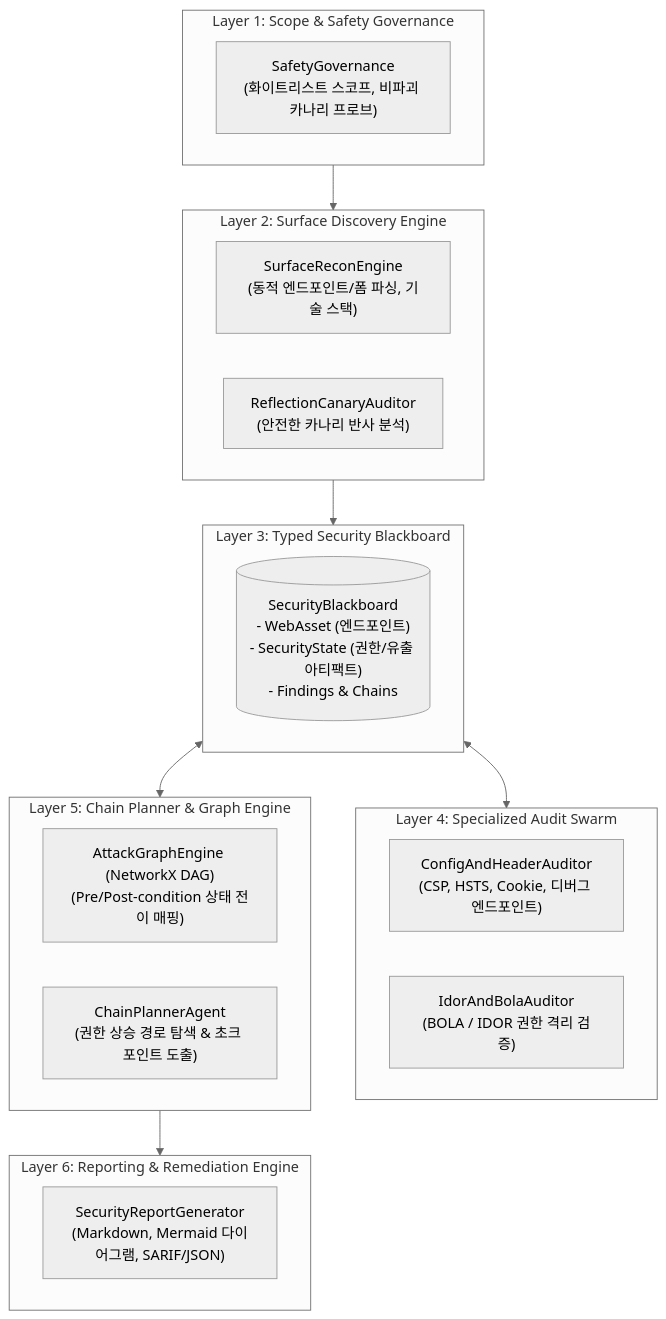
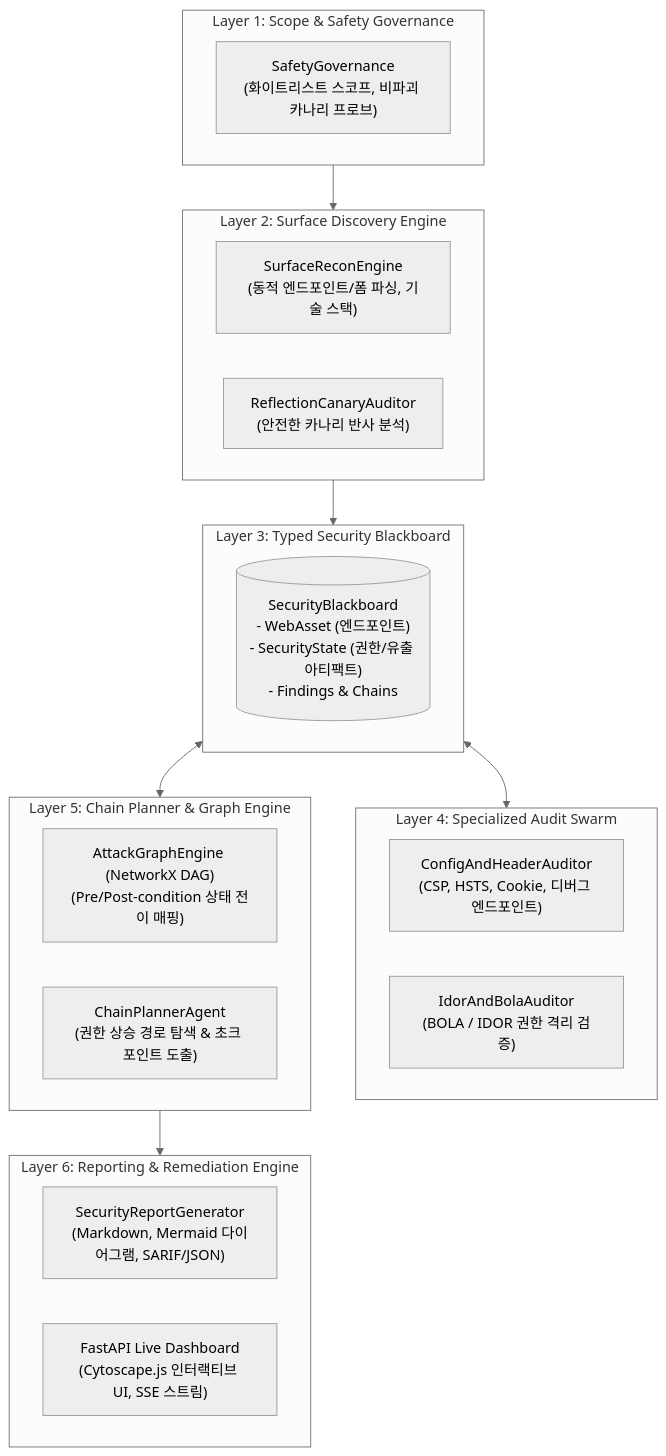
One commit to User-shin0328/WVA changed the diagram in README.md. Above: the diagram before and after it, drawn with Mermaid (neutral theme). The commit also changed other lines of this file and 9 other files, not shown here.

Commit message:
feat: Add real-time Cyber-Dark execution dashboard with Cytoscape.js attack path graph

````diff
--- a/README.md
+++ b/README.md
@@ -22,35 +34,36 @@
 ```mermaid
 flowchart TB
     subgraph L1["Layer 1: Scope & Safety Governance"]
         GOV["SafetyGovernance<br/>(화이트리스트 스코프, 비파괴 카나리 프로브)"]
     end
 
     subgraph L2["Layer 2: Surface Discovery Engine"]
         RECON["SurfaceReconEngine<br/>(동적 엔드포인트/폼 파싱, 기술 스택)"]
         CANARY["ReflectionCanaryAuditor<br/>(안전한 카나리 반사 분석)"]
     end
 
     subgraph L3["Layer 3: Typed Security Blackboard"]
         BB[("SecurityBlackboard<br/>- WebAsset (엔드포인트)<br/>- SecurityState (권한/유출 아티팩트)<br/>- Findings & Chains")]
     end
 
     subgraph L4["Layer 4: Specialized Audit Swarm"]
         AUD_CONF["ConfigAndHeaderAuditor<br/>(CSP, HSTS, Cookie, 디버그 엔드포인트)"]
         AUD_IDOR["IdorAndBolaAuditor<br/>(BOLA / IDOR 권한 격리 검증)"]
     end
 
     subgraph L5["Layer 5: Chain Planner & Graph Engine"]
         APG["AttackGraphEngine (NetworkX DAG)<br/>(Pre/Post-condition 상태 전이 매핑)"]
         PLANNER["ChainPlannerAgent<br/>(권한 상승 경로 탐색 & 초크 포인트 도출)"]
     end
 
     subgraph L6["Layer 6: Reporting & Remediation Engine"]
         REP["SecurityReportGenerator<br/>(Markdown, Mermaid 다이어그램, SARIF/JSON)"]
+        DASH["FastAPI Live Dashboard<br/>(Cytoscape.js 인터랙티브 UI, SSE 스트림)"]
     end
 
     L1 --> L2
     L2 --> L3
     L3 <--> L4
     L3 <--> L5
     L5 --> L6
 ```
````
